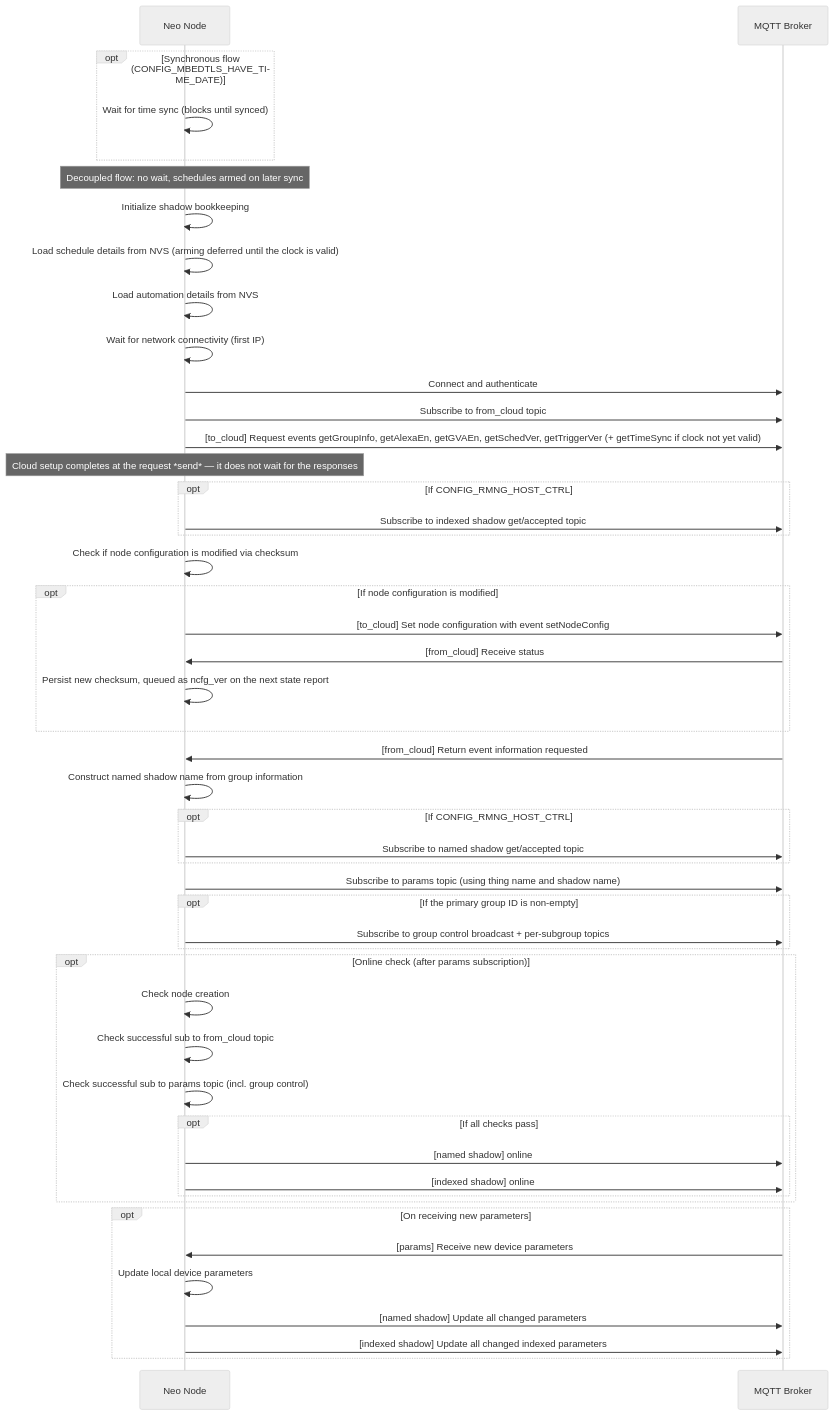
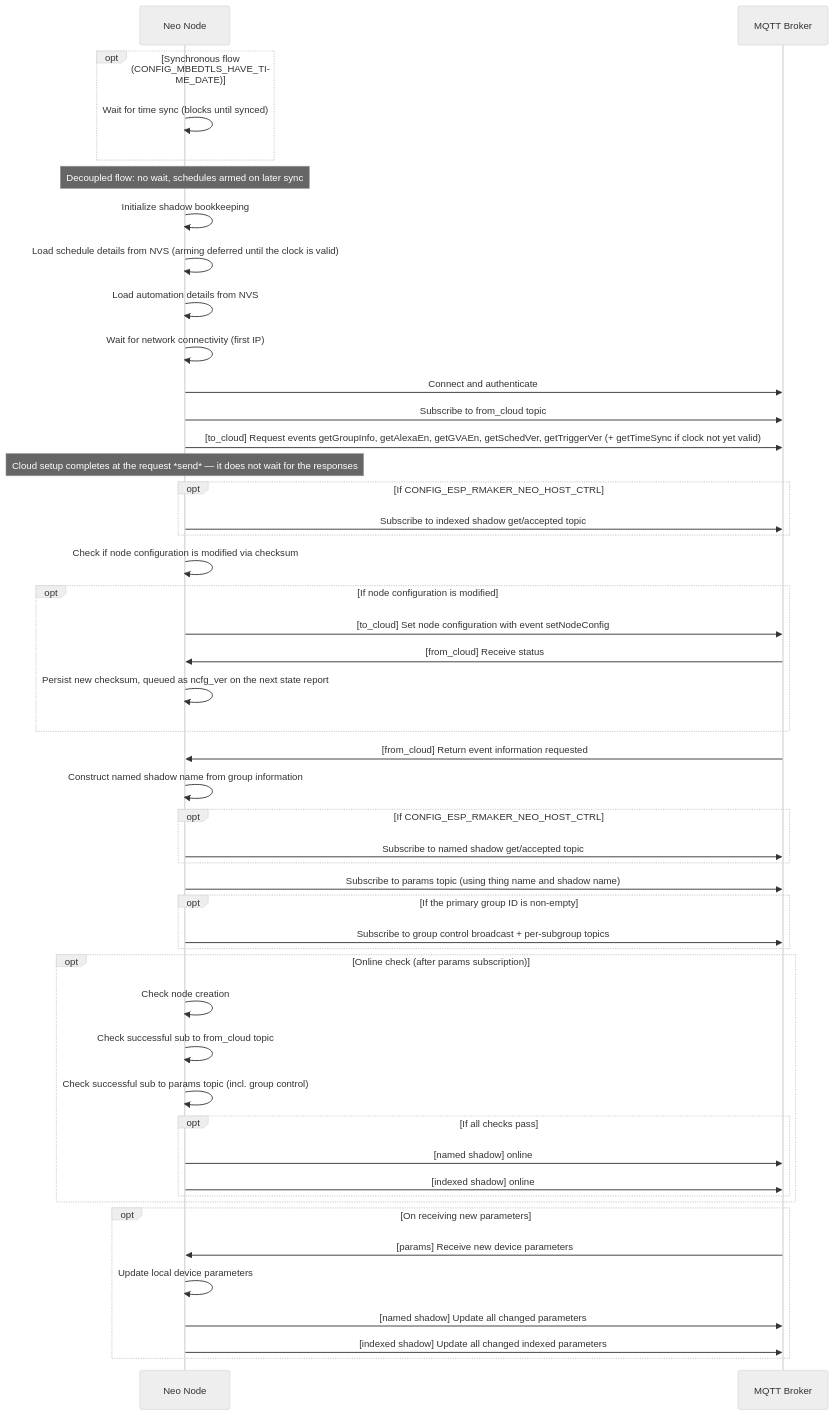
Before and after one commit to espressif/esp-rainmaker-neo-firmware: the diagram in docs/en/specs/initialization.md, drawn with Mermaid (neutral theme). The commit also changed other lines of this file and 167 other files, not shown here.

Commit message:
Standardize the Kconfig namespace on ESP_RMAKER_NEO_ and OSAL_

````diff
--- a/docs/en/specs/initialization.md
+++ b/docs/en/specs/initialization.md
@@ -76,60 +76,60 @@
 ```mermaid
 sequenceDiagram
     participant node as Neo Node
     participant broker as MQTT Broker
 
     opt Synchronous flow (CONFIG_MBEDTLS_HAVE_TIME_DATE)
         node ->> node: Wait for time sync (blocks until synced)
     end
     Note over node: Decoupled flow: no wait, schedules armed on later sync
 
     node ->> node: Initialize shadow bookkeeping
 
     node ->> node: Load schedule details from NVS (arming deferred until the clock is valid)
     node ->> node: Load automation details from NVS
 
     node ->> node: Wait for network connectivity (first IP)
 
     node ->> broker: Connect and authenticate
     node ->> broker: Subscribe to from_cloud topic
     node ->> broker: [to_cloud] Request events getGroupInfo, getAlexaEn, getGVAEn, getSchedVer, getTriggerVer (+ getTimeSync if clock not yet valid)
     Note over node: Cloud setup completes at the request *send* — it does not wait for the responses
 
-    opt If CONFIG_RMNG_HOST_CTRL
+    opt If CONFIG_ESP_RMAKER_NEO_HOST_CTRL
         node ->> broker: Subscribe to indexed shadow get/accepted topic
     end
 
     node ->> node: Check if node configuration is modified via checksum
     opt If node configuration is modified
         node ->> broker: [to_cloud] Set node configuration with event setNodeConfig
         broker ->> node: [from_cloud] Receive status
         node ->> node: Persist new checksum, queued as ncfg_ver on the next state report
     end
 
     broker ->> node: [from_cloud] Return event information requested
     node ->> node: Construct named shadow name from group information
-    opt If CONFIG_RMNG_HOST_CTRL
+    opt If CONFIG_ESP_RMAKER_NEO_HOST_CTRL
         node ->> broker: Subscribe to named shadow get/accepted topic
     end
     node ->> broker: Subscribe to params topic (using thing name and shadow name)
     opt If the primary group ID is non-empty
         node ->> broker: Subscribe to group control broadcast + per-subgroup topics
     end
 
     opt Online check (after params subscription)
         node ->> node: Check node creation
         node ->> node: Check successful sub to from_cloud topic
         node ->> node: Check successful sub to params topic (incl. group control)
         opt If all checks pass
             node ->> broker: [named shadow] online
             node ->> broker: [indexed shadow] online
         end
     end
 
     opt On receiving new parameters
         broker ->> node: [params] Receive new device parameters
         node ->> node: Update local device parameters
         node ->> broker: [named shadow] Update all changed parameters
         node ->> broker: [indexed shadow] Update all changed indexed parameters
     end
 ```
````
